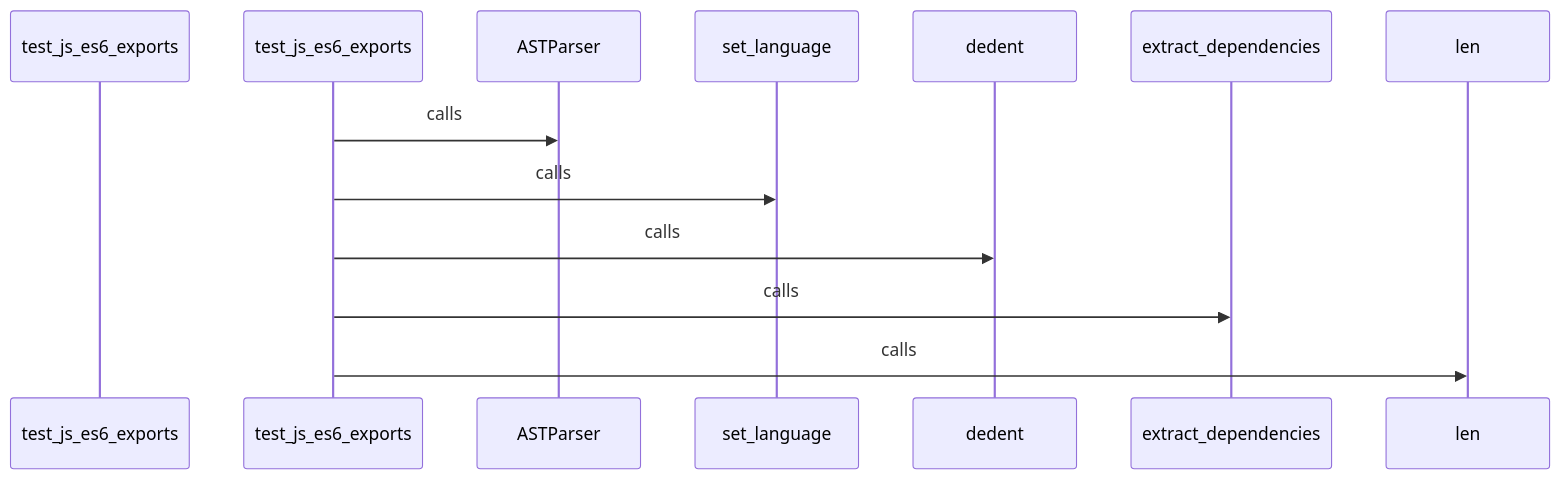
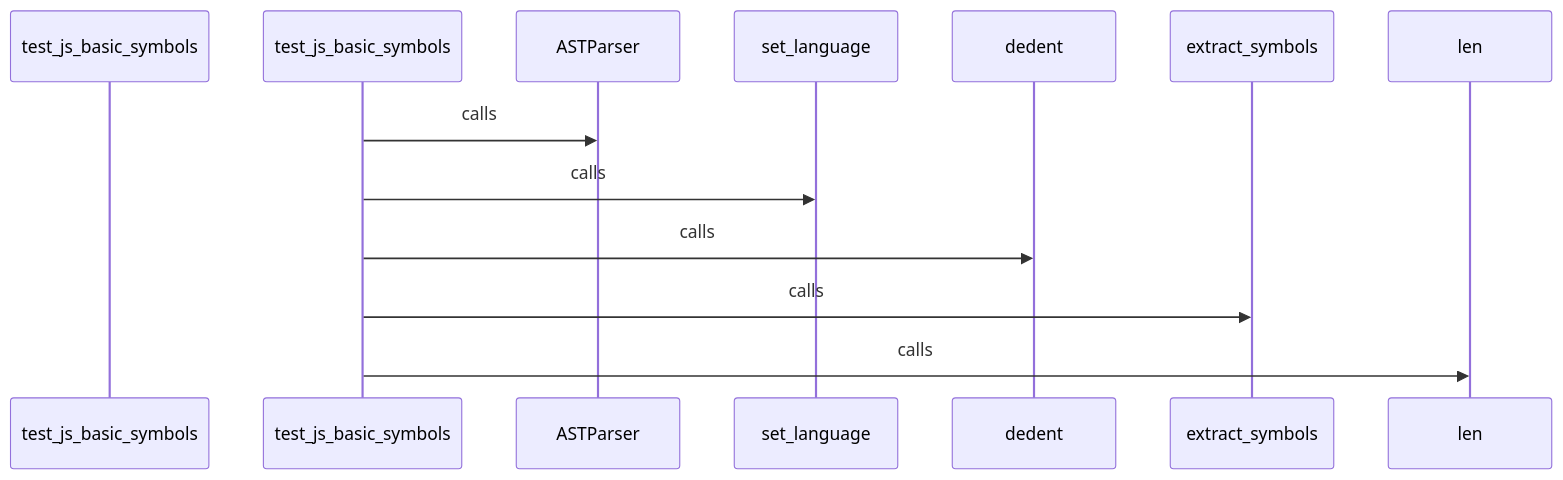
Before and after one commit to hazalkoom/DECODEx01: diagram 26 of 27 in docs/CALL_FLOW.md, drawn with Mermaid. The commit also changed other lines of this file and 12 other files, not shown here.

````diff
--- a/docs/CALL_FLOW.md
+++ b/docs/CALL_FLOW.md
@@ -1023,25 +939,25 @@
 ```mermaid
 sequenceDiagram
-    participant Start as test_js_es6_exports
+    participant Start as test_js_basic_symbols
 
 
-    test_js_es6_exports->>ASTParser: calls
+    test_js_basic_symbols->>ASTParser: calls
 
 
 
-    test_js_es6_exports->>set_language: calls
+    test_js_basic_symbols->>set_language: calls
 
 
 
-    test_js_es6_exports->>dedent: calls
+    test_js_basic_symbols->>dedent: calls
 
 
 
-    test_js_es6_exports->>extract_dependencies: calls
+    test_js_basic_symbols->>extract_symbols: calls
 
 
 
-    test_js_es6_exports->>len: calls
+    test_js_basic_symbols->>len: calls
 
 
 ```
````
